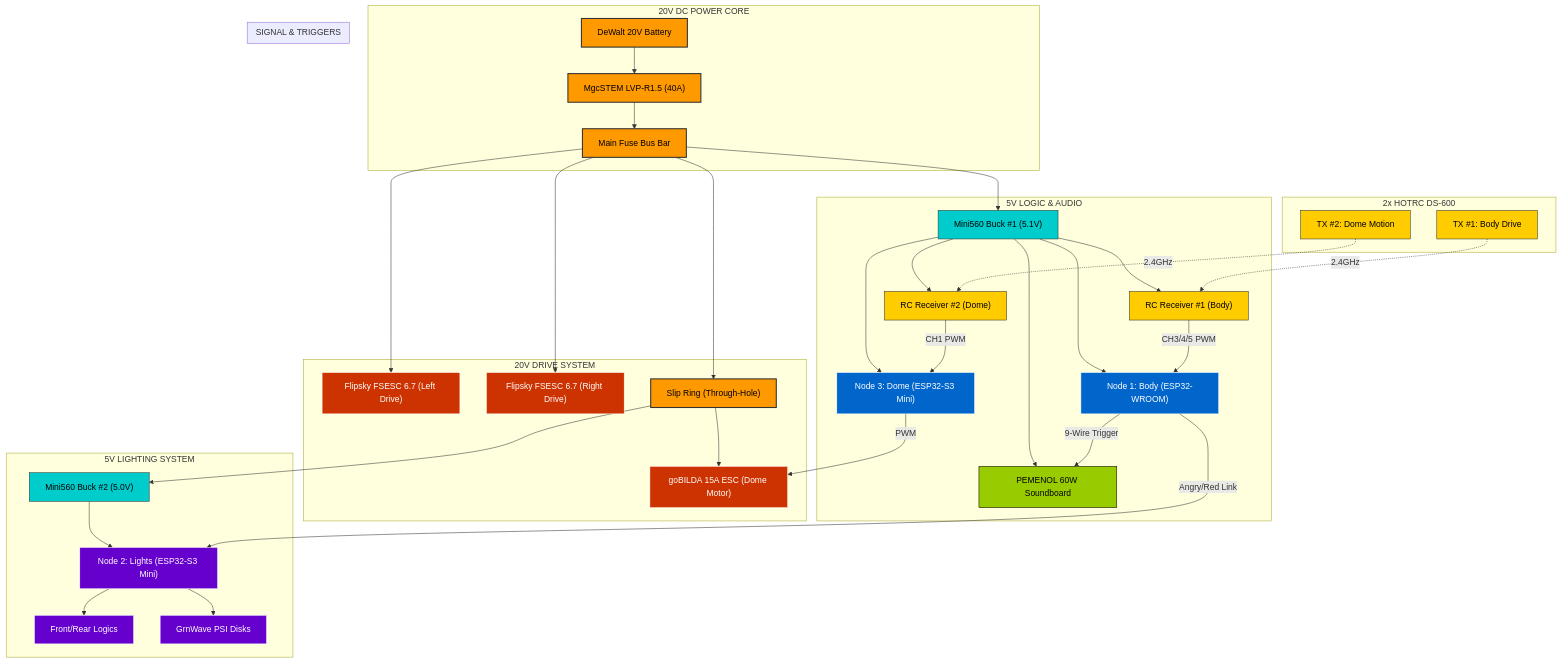
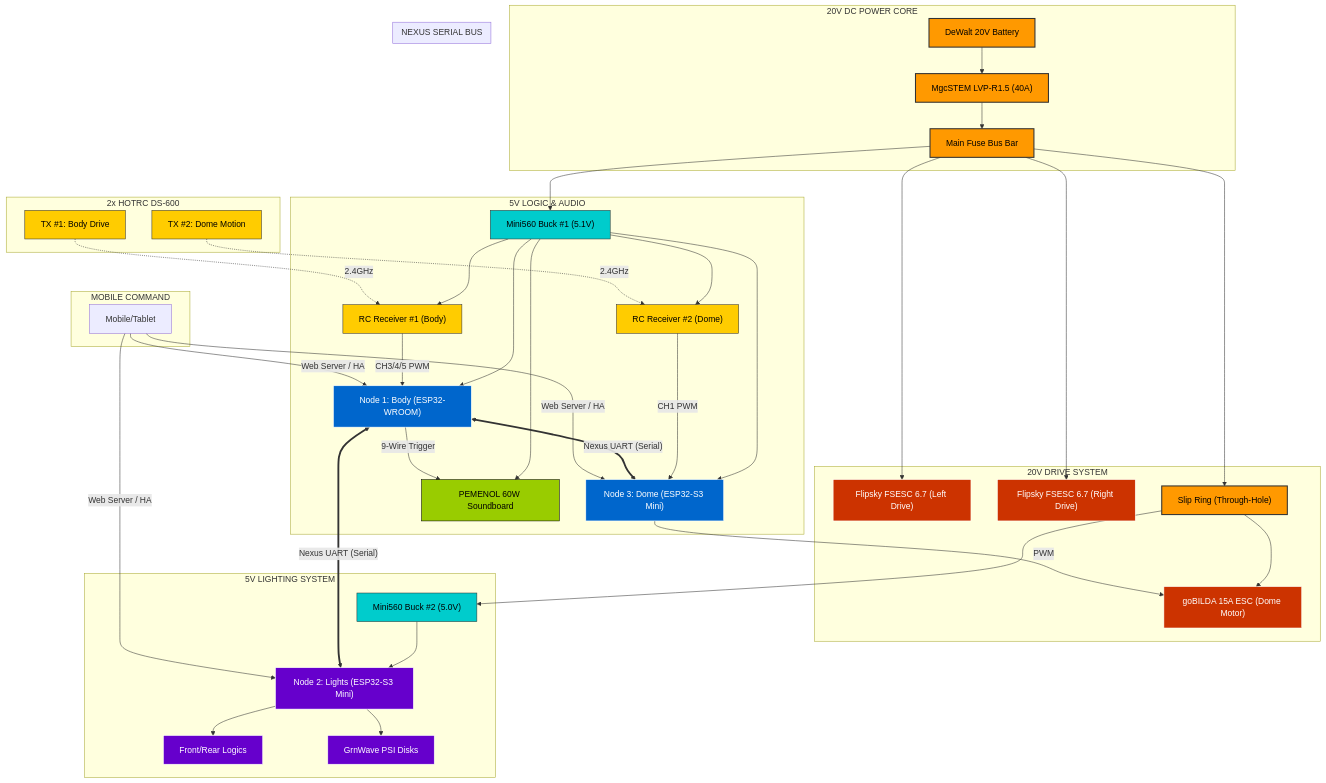
One commit to Ruzzler/Wee2-D2 changed the diagram in docs/electrical/electrical-schematic.md. Above: the diagram before and after it, drawn with Mermaid. The commit also changed other lines of this file, not shown here.

Commit message:
Nexus Architecture: Redesigned inter-node comms for Serial/ESPHome/HA future-proofing

````diff
--- a/docs/electrical/electrical-schematic.md
+++ b/docs/electrical/electrical-schematic.md
@@ -12,68 +12,75 @@
 ```mermaid
 graph TD
     subgraph TRANSMITTERS [2x HOTRC DS-600]
         TX1["TX #1: Body Drive"]:::signal
         TX2["TX #2: Dome Motion"]:::signal
     end
 
     subgraph POWER_SOURCE [20V DC POWER CORE]
         BAT["DeWalt 20V Battery"]:::power --> LVC["MgcSTEM LVP-R1.5 (40A)"]:::power
         LVC --> FUSE["Main Fuse Bus Bar"]:::power
     end
 
     subgraph HIGH_POWER_RAIL [20V DRIVE SYSTEM]
         FUSE --> ESC1["Flipsky FSESC 6.7 (Left Drive)"]:::drive
         FUSE --> ESC2["Flipsky FSESC 6.7 (Right Drive)"]:::drive
         FUSE --> SLIP["Slip Ring (Through-Hole)"]:::power
         SLIP --> ESC3["goBILDA 15A ESC (Dome Motor)"]:::drive
     end
 
     subgraph LOGIC_RAIL [5V LOGIC & AUDIO]
         FUSE --> BUCK1["Mini560 Buck #1 (5.1V)"]:::logic
         BUCK1 --> ESP1["Node 1: Body (ESP32-WROOM)"]:::brain
         BUCK1 --> ESP3["Node 3: Dome (ESP32-S3 Mini)"]:::brain
         BUCK1 --> AUDIO["PEMENOL 60W Soundboard"]:::audio
         BUCK1 --> RC1["RC Receiver #1 (Body)"]:::signal
         BUCK1 --> RC2["RC Receiver #2 (Dome)"]:::signal
     end
 
     subgraph LIGHT_RAIL [5V LIGHTING SYSTEM]
         SLIP --> BUCK2["Mini560 Buck #2 (5.0V)"]:::logic
         BUCK2 --> WLED["Node 2: Lights (ESP32-S3 Mini)"]:::lights
         WLED --> LOGICS["Front/Rear Logics"]:::lights
         WLED --> PSIS["GrnWave PSI Disks"]:::lights
     end
 
-    subgraph SIGNAL_INTERCONNECTS [SIGNAL & TRIGGERS]
+    subgraph SIGNAL_INTERCONNECTS [NEXUS SERIAL BUS]
         TX1 -. "2.4GHz" .-> RC1
         TX2 -. "2.4GHz" .-> RC2
         RC1 -- "CH3/4/5 PWM" --> ESP1
         ESP1 -- "9-Wire Trigger" --> AUDIO
         RC2 -- "CH1 PWM" --> ESP3
         ESP3 -- "PWM" --> ESC3
-        ESP1 -- "Angry/Red Link" --> WLED
+        ESP1 <== "Nexus UART (Serial)" ==> WLED
+        ESP1 <== "Nexus UART (Serial)" ==> ESP3
+    end
+
+    subgraph HUD_INTERFACES [MOBILE COMMAND]
+        PHONE["Mobile/Tablet"] -- "Web Server / HA" --> ESP1
+        PHONE -- "Web Server / HA" --> WLED
+        PHONE -- "Web Server / HA" --> ESP3
     end
 
     %% Direct Markdown-Relative Links for Interactivity
     click BAT "docs/electrical/lvp-r15-manual.md" "Power Core Manual"
     click LVC "docs/electrical/lvp-r15-manual.md" "LVC Manual"
     click ESC1 "docs/electrical/flipsky-fsesc-67-pro-manual.md" "Left Drive ESC Manual"
     click ESC2 "docs/electrical/flipsky-fsesc-67-pro-manual.md" "Right Drive ESC Manual"
     click SLIP "docs/electrical/cnbtr-slip-ring-manual.md" "Slip Ring Manual"
     click AUDIO "docs/electrical/pemenol-60w-voice-manual.md" "Soundboard Specs"
     click PSIS "docs/electrical/grnwave-psi-manual.md" "PSI Logic Manual"
     click ESP1 "firmware/node1-body-brain/body-brain.yaml" "Node 1 Configuration"
     click ESP3 "firmware/node3-dome-motion/dome-motion.yaml" "Node 3 Configuration"
     click WLED "firmware/node2-dome-lights/README.md" "Node 2 Configuration"
     click ESC3 "docs/components/bill-of-materials.md" "Dome ESC Specs"
     click TX1 "docs/electrical/hotrc-ds600-manual.md" "Body Transmitter Manual"
     click TX2 "docs/electrical/hotrc-ds600-manual.md" "Dome Transmitter Manual"
 
     classDef power fill:#ff9900,stroke:#333,stroke-width:2px,color:#000
     classDef drive fill:#cc3300,stroke:#fff,color:#fff
     classDef logic fill:#00cccc,stroke:#333,color:#000
     classDef brain fill:#0066cc,stroke:#fff,color:#fff
     classDef audio fill:#99cc00,stroke:#000,color:#000
     classDef signal fill:#ffcc00,stroke:#333,color:#000
     classDef lights fill:#6600cc,stroke:#fff,color:#fff
 ```
````
